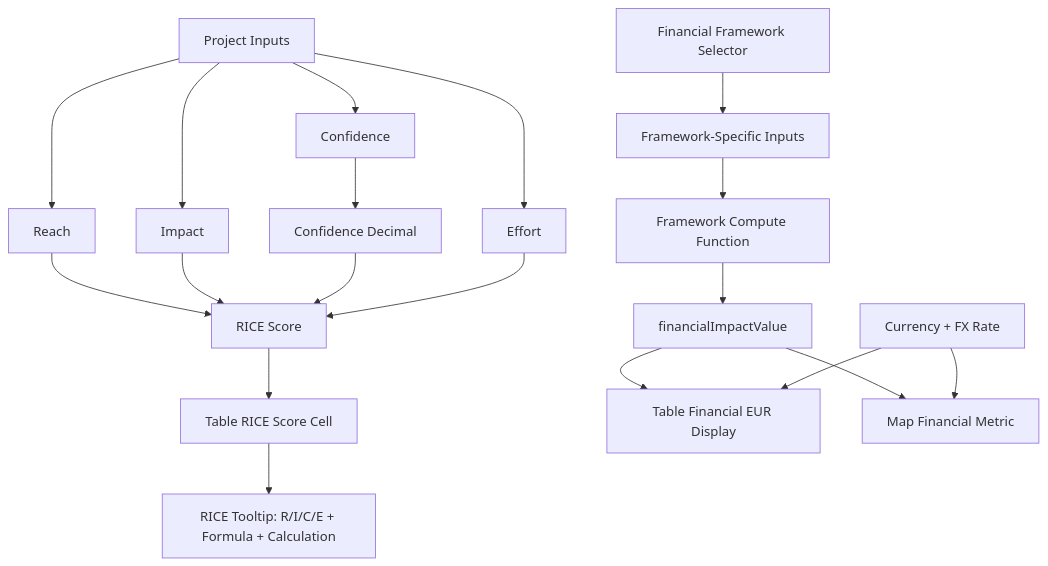
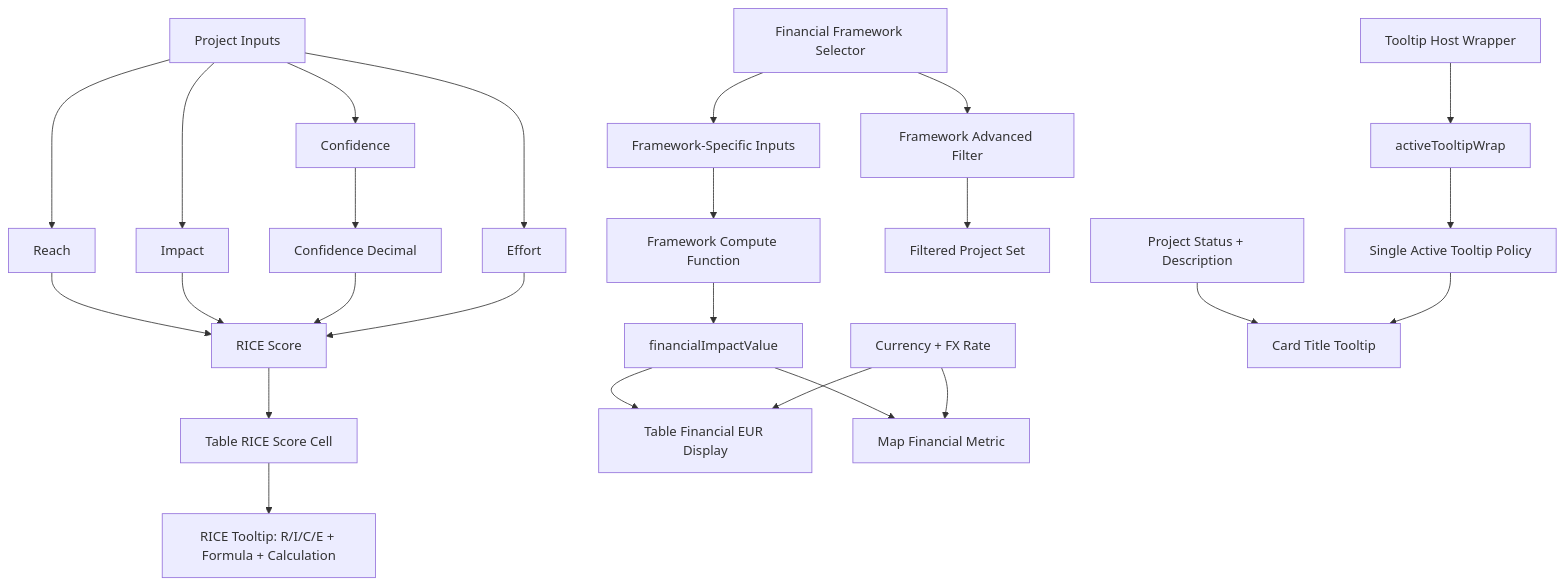
One commit to RifqiMT/pm-prioritization-tool changed the diagram in docs/VARIABLES.md. Above: the diagram before and after it, drawn with Mermaid. The commit also changed other lines of this file and 15 other files, not shown here.

First line of the commit message:
feat(ux,tooltips,filters,modal,docs): modernize cards, enforce single-tooltip behavior, and align comprehensive product documentation

````diff
--- a/docs/VARIABLES.md
+++ b/docs/VARIABLES.md
@@ -52,23 +62,30 @@
 ```mermaid
 flowchart TD
   A[Project Inputs] --> B[Reach]
   A --> C[Impact]
   A --> D[Confidence]
   A --> E[Effort]
   D --> D1[Confidence Decimal]
   B --> F[RICE Score]
   C --> F
   D1 --> F
   E --> F
   F --> G[Table RICE Score Cell]
   G --> H[RICE Tooltip: R/I/C/E + Formula + Calculation]
 
   I[Financial Framework Selector] --> J[Framework-Specific Inputs]
   J --> K[Framework Compute Function]
   K --> L[financialImpactValue]
+  I --> IF[Framework Advanced Filter]
+  IF --> IFL[Filtered Project Set]
   L --> M[Table Financial EUR Display]
   L --> N[Map Financial Metric]
 
   O[Currency + FX Rate] --> M
   O --> N
+
+  P[Project Status + Description] --> Q[Card Title Tooltip]
+  R[Tooltip Host Wrapper] --> S[activeTooltipWrap]
+  S --> T[Single Active Tooltip Policy]
+  T --> Q
 ```
````
